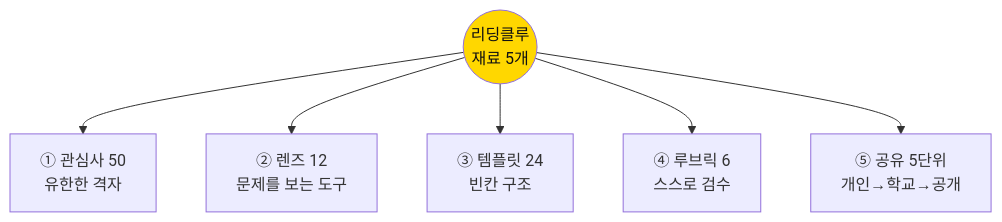
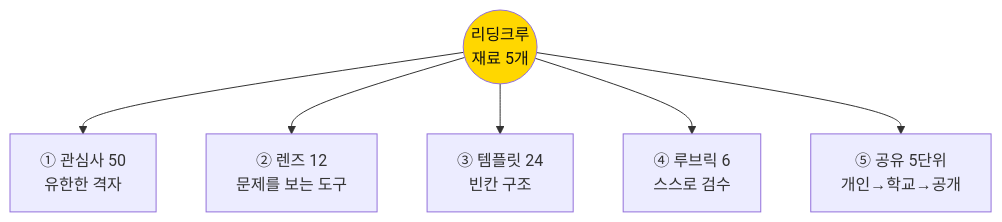
One commit to Collegenie-X/ReadingClueProject changed the second of 19 diagrams in 아이디어/7단계-리딩클루_관심사50_클루패스_설계서.md. Above: the diagram before and after it, drawn with Mermaid. The commit also changed other lines of this file and 9 other files, not shown here.

````diff
--- a/아이디어/7단계-리딩클루_관심사50_클루패스_설계서.md
+++ b/아이디어/7단계-리딩클루_관심사50_클루패스_설계서.md
@@ -143,11 +143,11 @@
 ```mermaid
 graph TD
-    R((리딩클루<br/>재료 5개))
+    R((리딩크루<br/>재료 5개))
     R --> A["① 관심사 50<br/>유한한 격자"]
     R --> B["② 렌즈 12<br/>문제를 보는 도구"]
     R --> C["③ 템플릿 24<br/>빈칸 구조"]
     R --> D["④ 루브릭 6<br/>스스로 검수"]
     R --> E["⑤ 공유 5단위<br/>개인→학교→공개"]
 
     style R fill:#FFD700,color:#111
 ```
````
